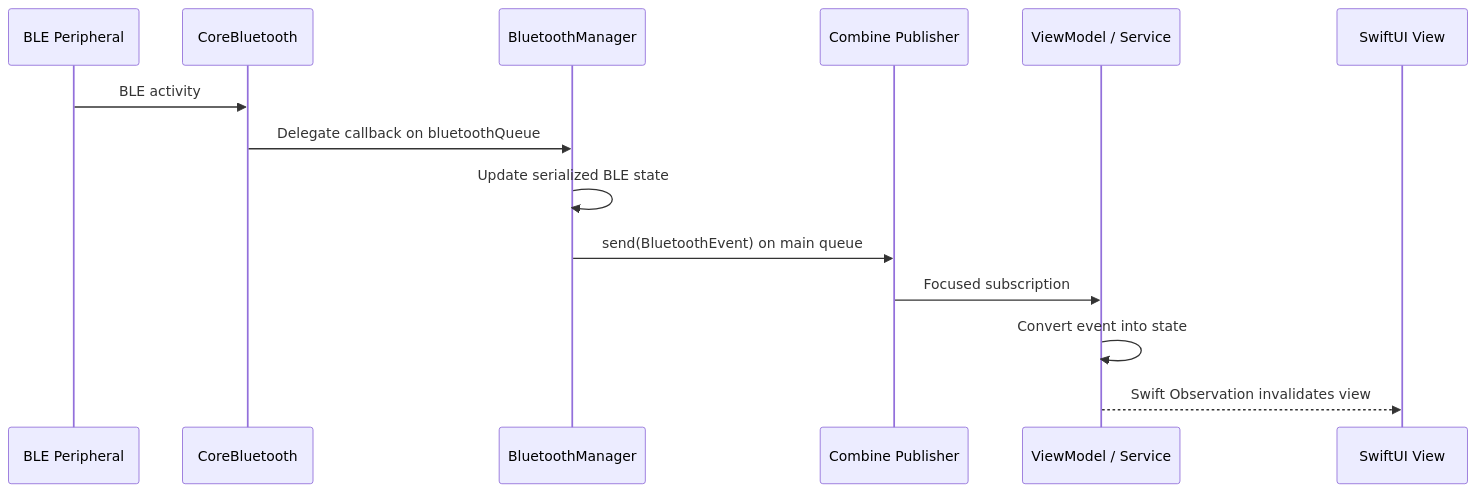
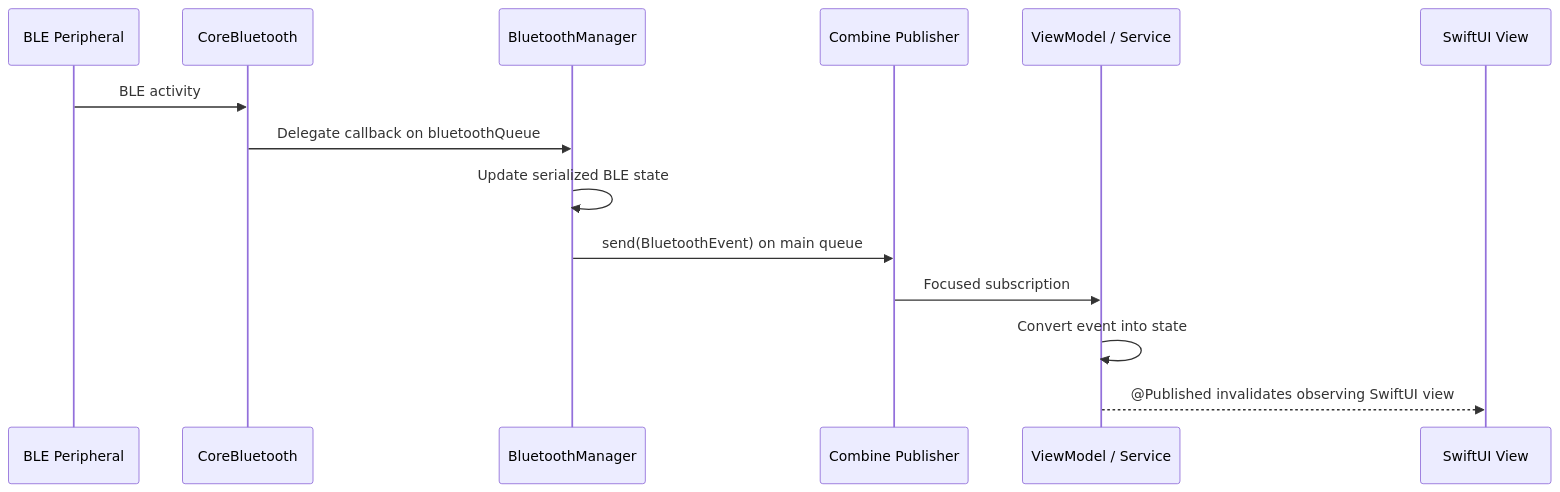
One commit to maxhanzo/Mirabilis-BlueCombine changed the fourth of 4 diagrams in Documentation/ARCHITECTURE.md. Above: the diagram before and after it, drawn with Mermaid. The commit also changed other lines of this file and 13 other files, not shown here.

Commit message:
- Replaced observation from Coordinator and all Views & ViewModels  - Updated documentation

````diff
--- a/Documentation/ARCHITECTURE.md
+++ b/Documentation/ARCHITECTURE.md
@@ -293,17 +332,17 @@
 ```mermaid
 sequenceDiagram
     participant P as BLE Peripheral
     participant CB as CoreBluetooth
     participant BM as BluetoothManager
     participant C as Combine Publisher
     participant VM as ViewModel / Service
     participant UI as SwiftUI View
 
     P->>CB: BLE activity
     CB->>BM: Delegate callback on bluetoothQueue
     BM->>BM: Update serialized BLE state
     BM->>C: send(BluetoothEvent) on main queue
     C->>VM: Focused subscription
     VM->>VM: Convert event into state
-    VM-->>UI: Swift Observation invalidates view
+    VM-->>UI: @Published invalidates observing SwiftUI view
 ```
````
